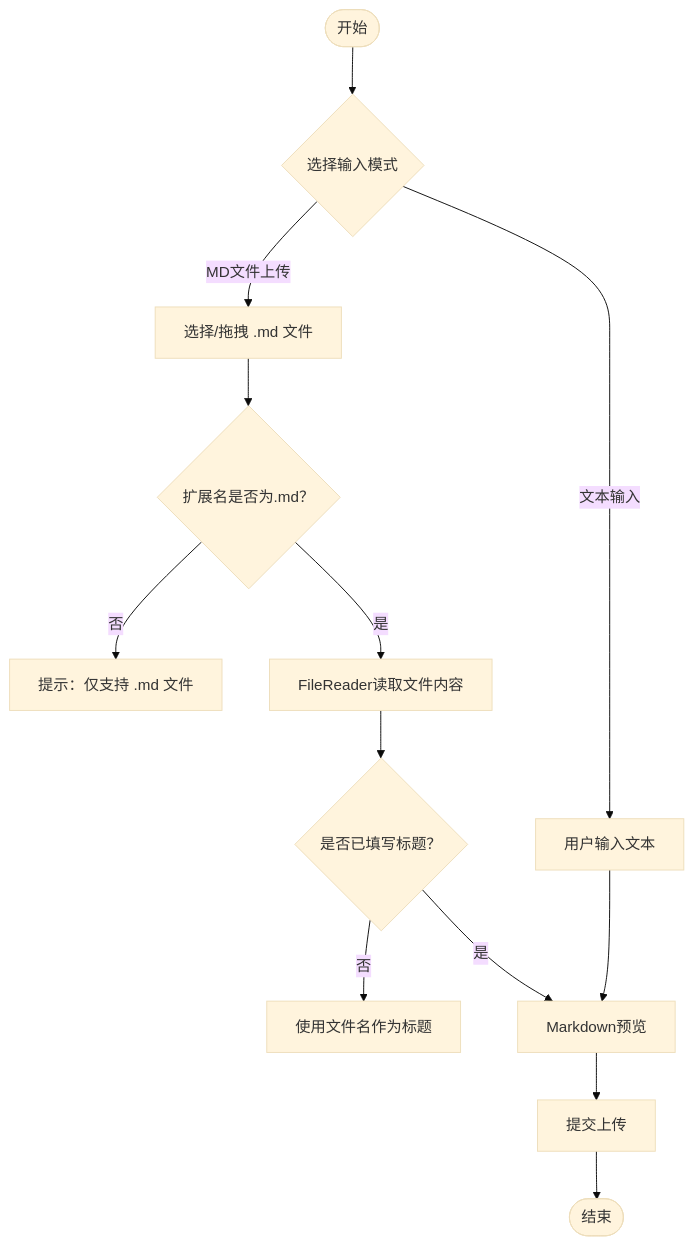
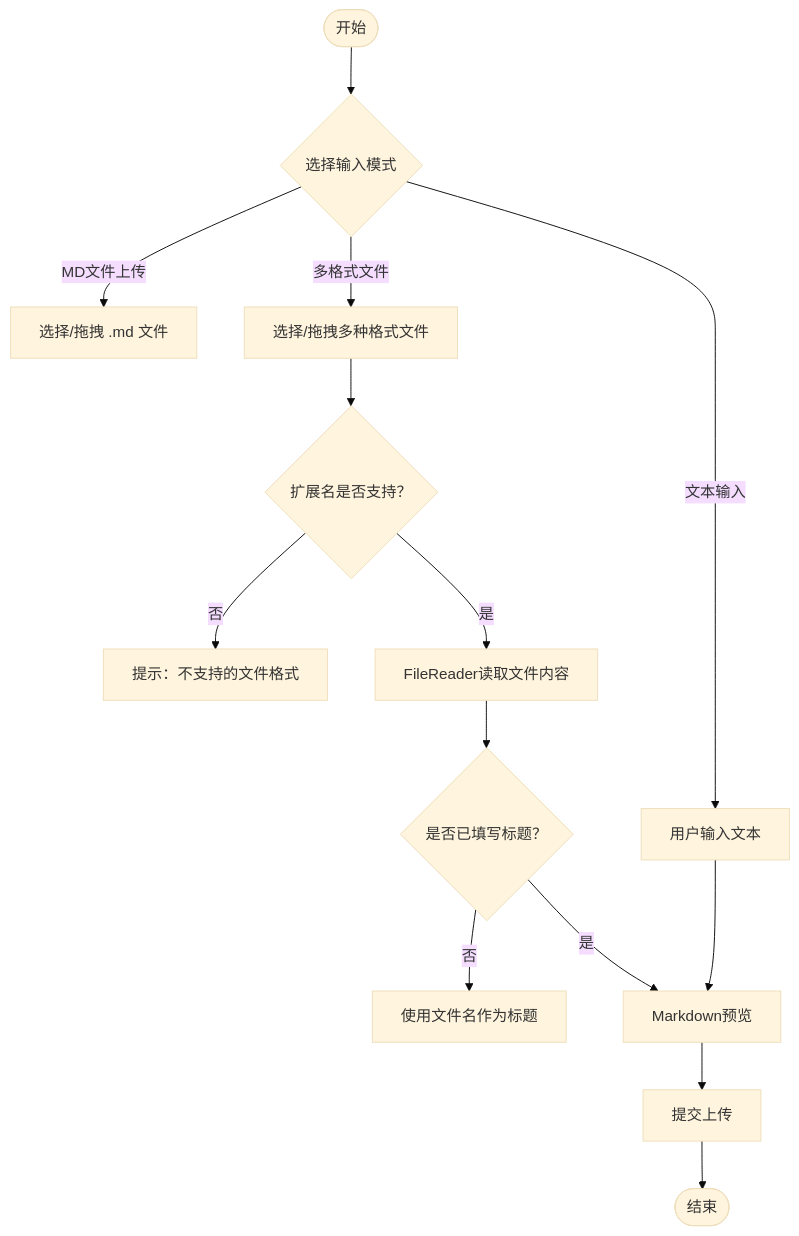
One commit to zhiwenli-jack/personal-learning-manager changed the fourth of 6 diagrams in .qoder/repowiki/zh/content/前端应用架构/视图组件/资料管理组件.md. Above: the diagram before and after it, drawn with Mermaid (base theme). The commit also changed other lines of this file and 15 other files, not shown here.

````diff
--- a/.qoder/repowiki/zh/content/前端应用架构/视图组件/资料管理组件.md
+++ b/.qoder/repowiki/zh/content/前端应用架构/视图组件/资料管理组件.md
@@ -151,15 +217,16 @@
 ```mermaid
 flowchart TD
 Start(["开始"]) --> Mode{"选择输入模式"}
 Mode --> |文本输入| TextMode["用户输入文本"]
 Mode --> |MD文件上传| FileMode["选择/拖拽 .md 文件"]
-FileMode --> ValidateExt{"扩展名是否为.md？"}
-ValidateExt --> |否| Alert["提示：仅支持 .md 文件"]
+Mode --> |多格式文件| MultiFormat["选择/拖拽多种格式文件"]
+MultiFormat --> ValidateExt{"扩展名是否支持？"}
+ValidateExt --> |否| Alert["提示：不支持的文件格式"]
 ValidateExt --> |是| ReadFile["FileReader读取文件内容"]
 ReadFile --> AutoTitle{"是否已填写标题？"}
 AutoTitle --> |否| FillTitle["使用文件名作为标题"]
 AutoTitle --> |是| Preview["Markdown预览"]
 TextMode --> Preview
 Preview --> Submit["提交上传"]
 Submit --> End(["结束"])
 ```
````
